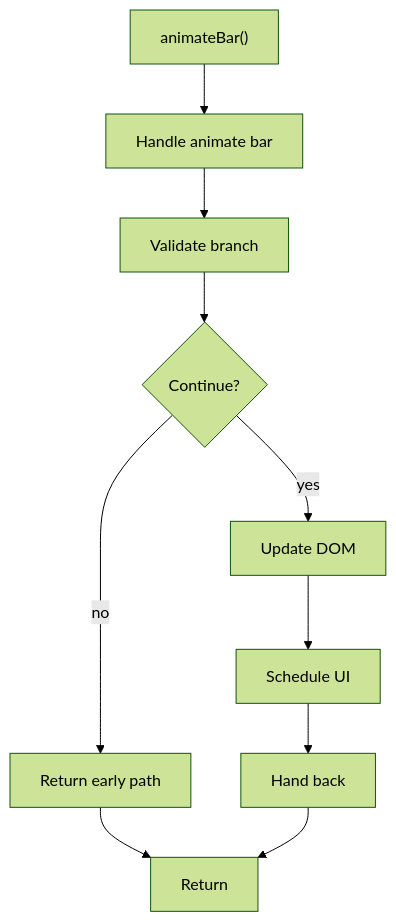
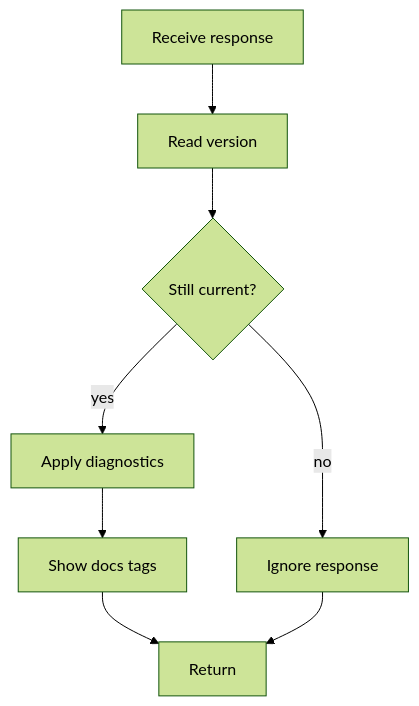
Before and after one commit to JohnAndrewBalbarosa/NeoTerritory: the second of 2 diagrams in docs/Codebase/Frontend/scripts/analysis.js.md, drawn with Mermaid (forest theme). The commit also changed other lines of this file and 25 other files, not shown here.

First line of the commit message:
Update docs for live class-analysis flow

````diff
--- a/docs/Codebase/Frontend/scripts/analysis.js.md
+++ b/docs/Codebase/Frontend/scripts/analysis.js.md
@@ -71,21 +70,17 @@
 ```mermaid
 flowchart TD
-    Start["animateBar()"]
-    N0["Handle animate bar"]
-    N1["Validate branch"]
-    D1{"Continue?"}
-    R1["Return early path"]
-    N2["Update DOM"]
-    N3["Schedule UI"]
-    N4["Hand back"]
+    Start["Receive response"]
+    N0["Read version"]
+    D1{"Still current?"}
+    N1["Ignore response"]
+    N2["Apply diagnostics"]
+    N3["Show docs tags"]
     End["Return"]
     Start --> N0
-    N0 --> N1
-    N1 --> D1
+    N0 --> D1
+    D1 -->|no| N1
     D1 -->|yes| N2
-    D1 -->|no| R1
-    R1 --> End
     N2 --> N3
-    N3 --> N4
-    N4 --> End
+    N3 --> End
+    N1 --> End
 ```
````
